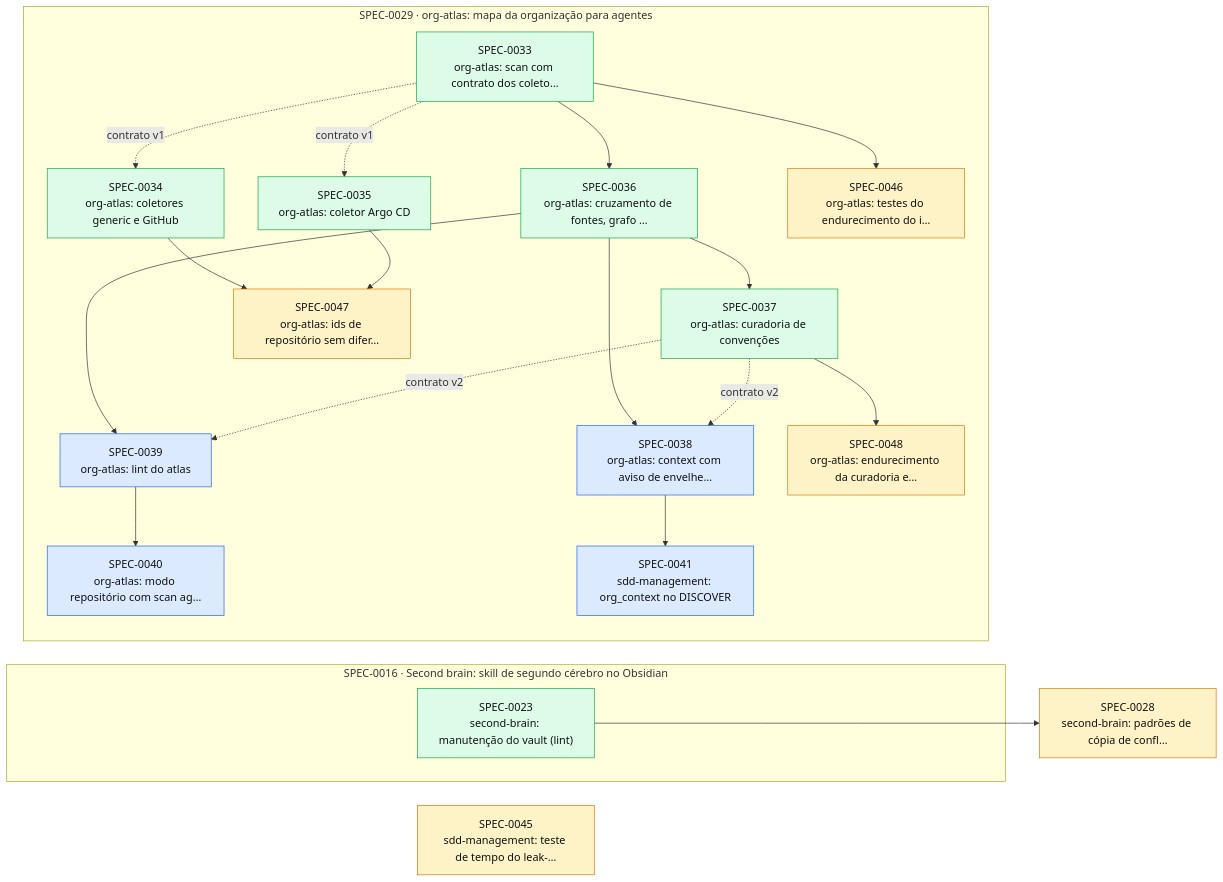
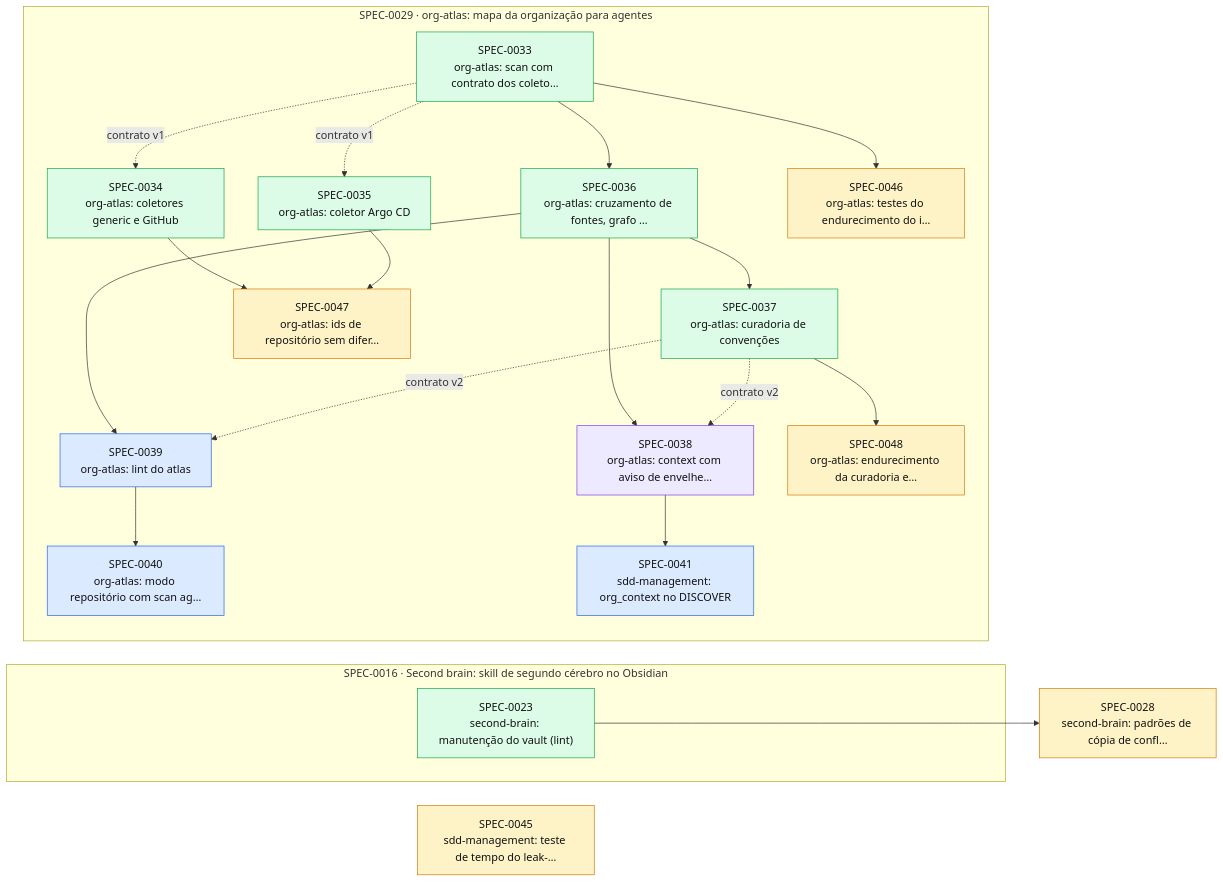
Before and after one commit to thomasravache/ai-dev-brain: the diagram in docs/specs/INDEX.md, drawn with Mermaid. The commit also changed other lines of this file and 1 other file, not shown here.

First line of the commit message:
docs(specs): SPEC-0038 em execução

````diff
--- a/docs/specs/INDEX.md
+++ b/docs/specs/INDEX.md
@@ -56,42 +56,42 @@
 ```mermaid
 flowchart LR
   S0028["SPEC-0028<br/>second-brain: padrões de cópia de confl…"]:::proposed
   S0045["SPEC-0045<br/>sdd-management: teste de tempo do leak-…"]:::proposed
   subgraph E0016["SPEC-0016 · Second brain: skill de segundo cérebro no Obsidian"]
     S0023["SPEC-0023<br/>second-brain: manutenção do vault (lint)"]:::implemented
   end
   subgraph E0029["SPEC-0029 · org-atlas: mapa da organização para agentes"]
     S0033["SPEC-0033<br/>org-atlas: scan com contrato dos coleto…"]:::implemented
     S0034["SPEC-0034<br/>org-atlas: coletores generic e GitHub"]:::implemented
     S0035["SPEC-0035<br/>org-atlas: coletor Argo CD"]:::implemented
     S0036["SPEC-0036<br/>org-atlas: cruzamento de fontes, grafo …"]:::implemented
     S0037["SPEC-0037<br/>org-atlas: curadoria de convenções"]:::implemented
-    S0038["SPEC-0038<br/>org-atlas: context com aviso de envelhe…"]:::approved
+    S0038["SPEC-0038<br/>org-atlas: context com aviso de envelhe…"]:::inprogress
     S0039["SPEC-0039<br/>org-atlas: lint do atlas"]:::approved
     S0040["SPEC-0040<br/>org-atlas: modo repositório com scan ag…"]:::approved
     S0041["SPEC-0041<br/>sdd-management: org_context no DISCOVER"]:::approved
     S0046["SPEC-0046<br/>org-atlas: testes do endurecimento do i…"]:::proposed
     S0047["SPEC-0047<br/>org-atlas: ids de repositório sem difer…"]:::proposed
     S0048["SPEC-0048<br/>org-atlas: endurecimento da curadoria e…"]:::proposed
   end
   S0023 --> S0028
   S0033 -. contrato v1 .-> S0034
   S0033 -. contrato v1 .-> S0035
   S0033 --> S0036
   S0036 --> S0037
   S0036 --> S0038
   S0037 -. contrato v2 .-> S0038
   S0036 --> S0039
   S0037 -. contrato v2 .-> S0039
   S0039 --> S0040
   S0038 --> S0041
   S0033 --> S0046
   S0034 --> S0047
   S0035 --> S0047
   S0037 --> S0048
   classDef proposed fill:#fef3c7,stroke:#d97706,color:#111
   classDef approved fill:#dbeafe,stroke:#2563eb,color:#111
   classDef inprogress fill:#ede9fe,stroke:#7c3aed,color:#111
   classDef implemented fill:#dcfce7,stroke:#16a34a,color:#111
   classDef deprecated fill:#f3f4f6,stroke:#9ca3af,color:#6b7280
 ```
````
